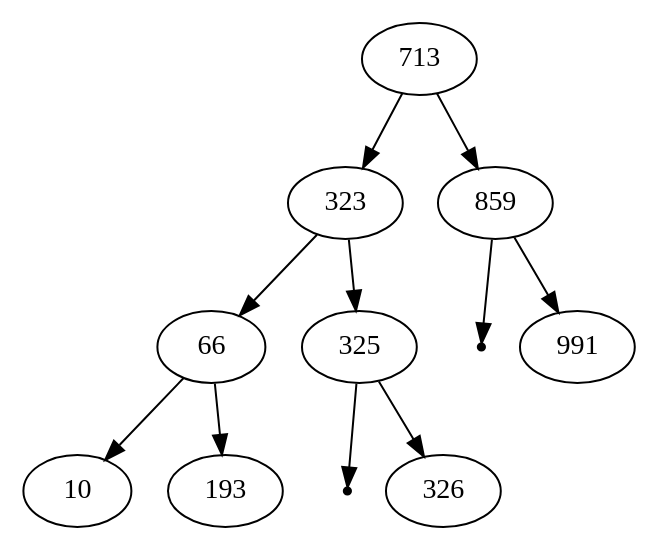
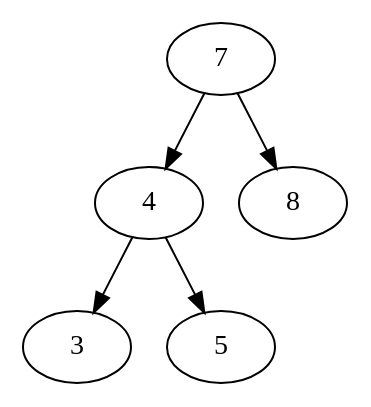
The diagram in graph.gv (muniri92/Data-Structures-2.0), drawn with Graphviz before and after one commit. The commit also changed 2 other files, not shown here.

```diff
--- a/graph.gv
+++ b/graph.gv
@@ -1,15 +1,7 @@
 digraph G{
-	713;
-	713 -> 323;
-	323 -> 66;
-	66 -> 10;
-	66 -> 193;
-	323 -> 325;
-	null196050581 [shape=point];
-	325 -> null196050581;
-	325 -> 326;
-	713 -> 859;
-	null525750651 [shape=point];
-	859 -> null525750651;
-	859 -> 991;
+	7;
+	7 -> 4;
+	4 -> 3;
+	4 -> 5;
+	7 -> 8;
 }
```
